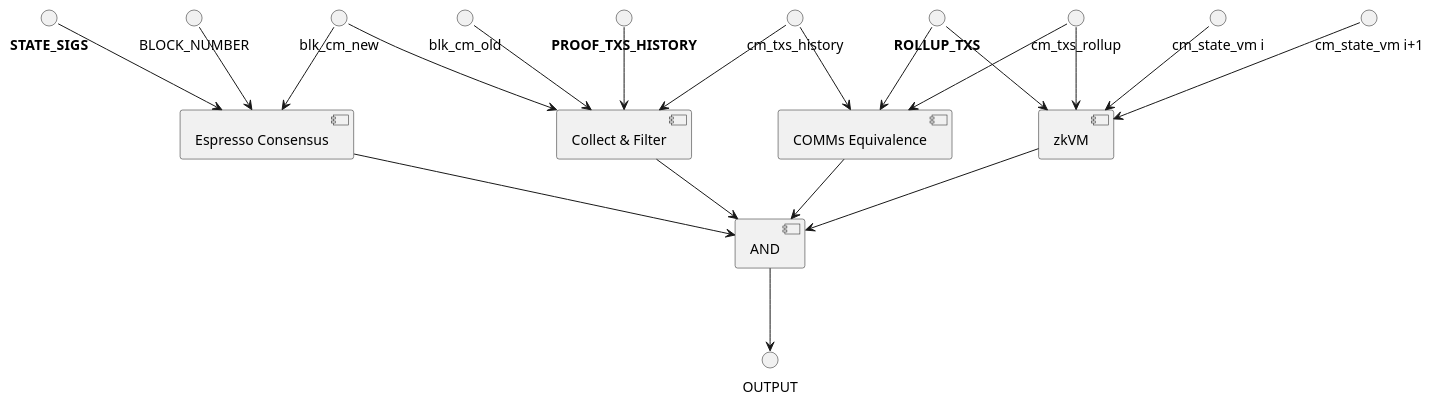
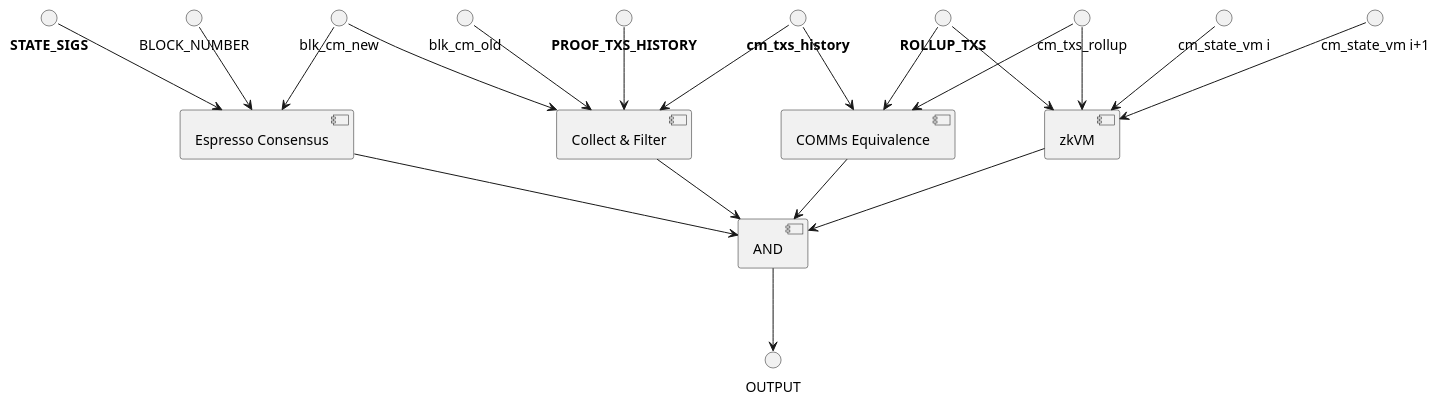
One commit to EspressoSystems/espresso-sequencer changed the diagram in doc/zk-rollup-circuit.puml. Above: the diagram before and after it, drawn with PlantUML. The commit also changed 3 other files, not shown here.

Commit message:
Make *cm_txs_history* input private.

```diff
--- a/doc/zk-rollup-circuit.puml
+++ b/doc/zk-rollup-circuit.puml
@@ -1,36 +1,36 @@
 @startuml
 
 [Espresso Consensus] as EspCons
 [Collect & Filter] as CF
 [COMMs Equivalence] as CE
 [AND] as AND
 
 [zkVM] as ZK
 blk_cm_new --> EspCons
 "<b>STATE_SIGS</b>" --> EspCons
 BLOCK_NUMBER --> EspCons
 
 
 blk_cm_old --> CF
 blk_cm_new --> CF
 "<b>PROOF_TXS_HISTORY</b>" --> CF
 "<b>ROLLUP_TXS</b>" --> CE
 "<b>ROLLUP_TXS</b>" --> ZK
 
 cm_txs_rollup --> CE
-"cm_txs_history" --> CE
-"cm_txs_history" --> CF
+"<b>cm_txs_history</b>" --> CE
+"<b>cm_txs_history</b>" --> CF
 
 "cm_state_vm i" --> ZK
 "cm_state_vm i+1" --> ZK
 cm_txs_rollup --> ZK
 
 EspCons -> AND
 ZK --> AND
 CE --> AND
 CF --> AND
 
 AND --> OUTPUT
 
 
 @enduml
```
